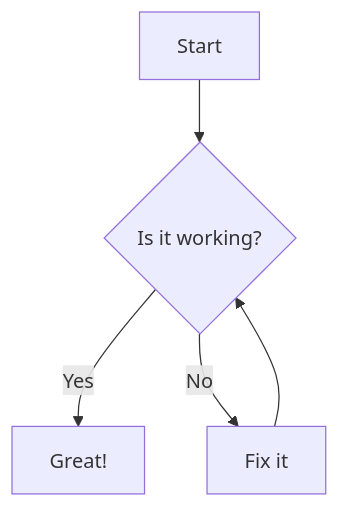
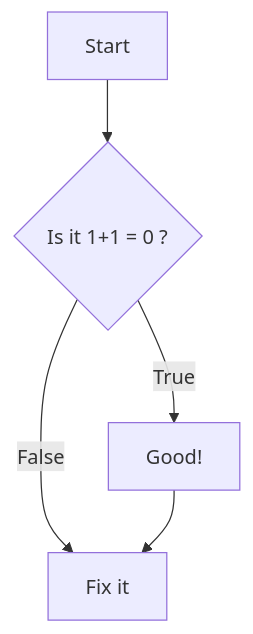
One commit to RattanArt/Model changed the second of 2 diagrams in slideA.md. Above: the diagram before and after it, drawn with Mermaid. The commit also changed other lines of this file, not shown here.

```diff
--- a/slideA.md
+++ b/slideA.md
@@ -6,7 +12,7 @@
 <div class="mermaid">
 graph TD
-    A[Start] --> B{Is it working?}
-    B -- Yes --> C[Great!]
-    B -- No --> D[Fix it]
-    D --> B
+    A[Start] --> B{Is it 1+1 = 0 ?}
+    B -- True --> C[Good!]
+    B -- False --> D[Fix it]
+    C --> D
 </div>
```
